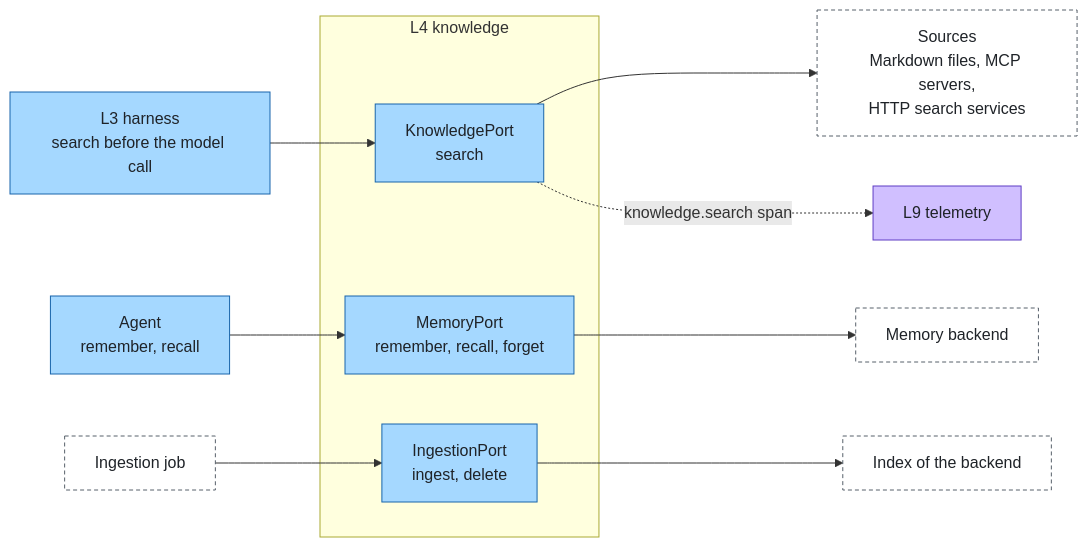
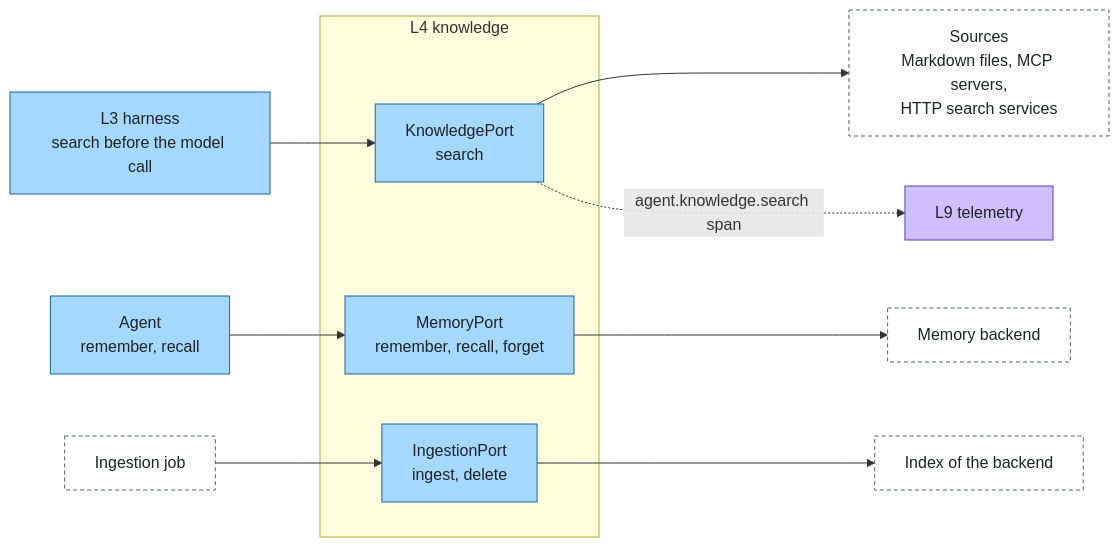
Before and after one commit to aantenore/agent-layers: the first of 2 diagrams in docs/layers/knowledge.md, drawn with Mermaid. The commit also changed other lines of this file and 26 other files, not shown here.

````diff
--- a/docs/layers/knowledge.md
+++ b/docs/layers/knowledge.md
@@ -23,18 +23,18 @@
 ```mermaid
 flowchart LR
   harness["L3 harness<br/>search before the model call"]:::agent --> kp
   agent["Agent<br/>remember, recall"]:::agent --> mp
   ingest["Ingestion job"]:::external --> ip
   subgraph sg["L4 knowledge"]
     kp["KnowledgePort<br/>search"]:::agent
     mp["MemoryPort<br/>remember, recall, forget"]:::agent
     ip["IngestionPort<br/>ingest, delete"]:::agent
   end
   kp --> src["Sources<br/>Markdown files, MCP servers,<br/>HTTP search services"]:::external
   mp --> mem["Memory backend"]:::external
   ip --> idx["Index of the backend"]:::external
-  kp -.->|"knowledge.search span"| telemetry["L9 telemetry"]:::insight
+  kp -.->|"agent.knowledge.search span"| telemetry["L9 telemetry"]:::insight
   classDef agent fill:#a5d8ff,stroke:#1864ab,color:#1f2328
   classDef insight fill:#d0bfff,stroke:#5f3dc4,color:#1f2328
   classDef external fill:#ffffff,stroke:#57606a,color:#1f2328,stroke-dasharray:4 3
 ```
````
